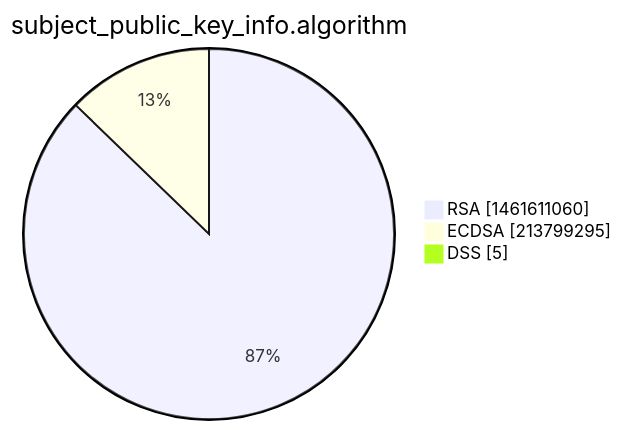
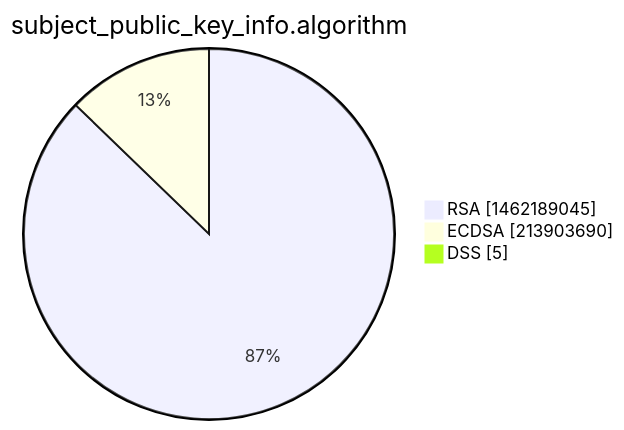
Before and after one commit to christiankrug/ctmonitor_visualization: the third of 15 diagrams in xenon2022/README.md, drawn with Mermaid. The commit also changed other lines of this file, not shown here.

````diff
--- a/xenon2022/README.md
+++ b/xenon2022/README.md
@@ -14,7 +14,7 @@
 ```mermaid
 pie showData
 title subject_public_key_info.algorithm
-"RSA" :1461611060
-"ECDSA" :213799295
+"RSA" :1462189045
+"ECDSA" :213903690
 "DSS" :5
 ```
````
